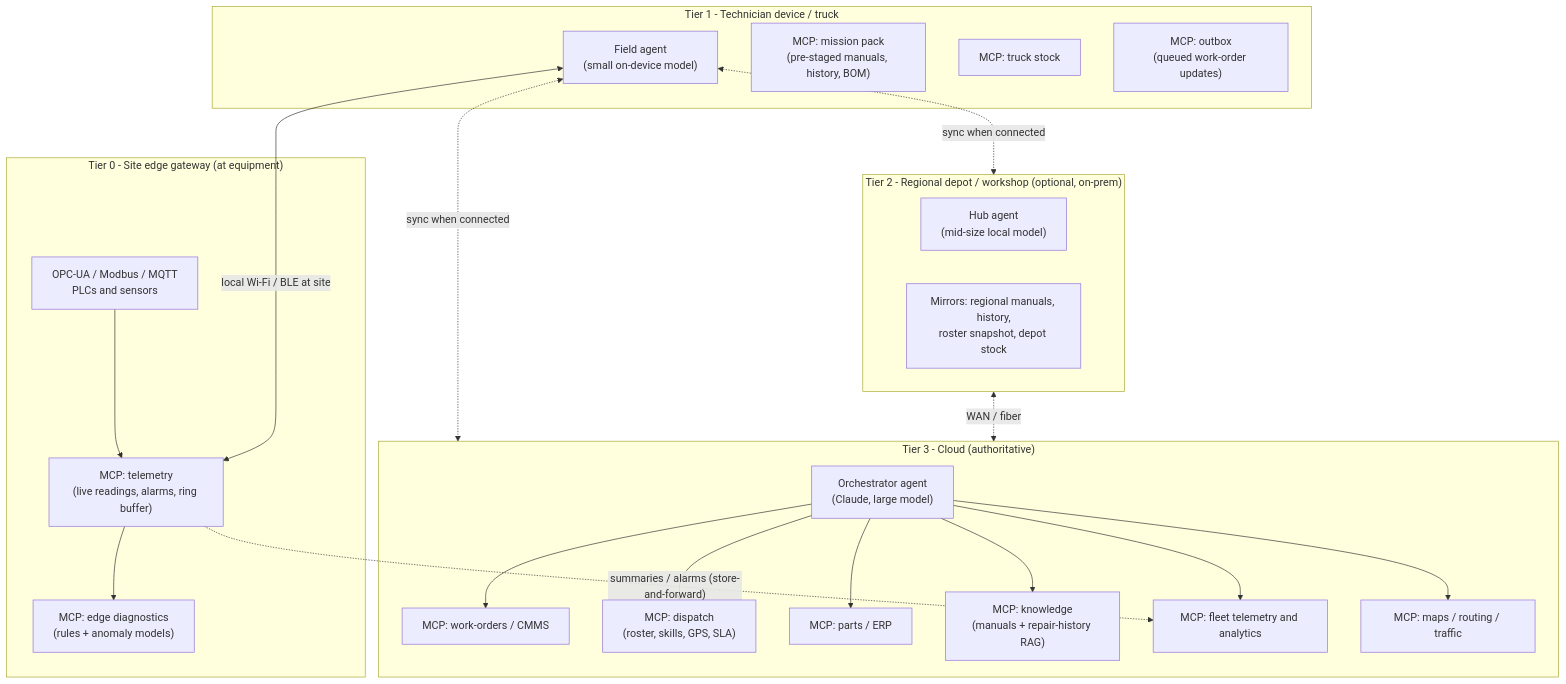
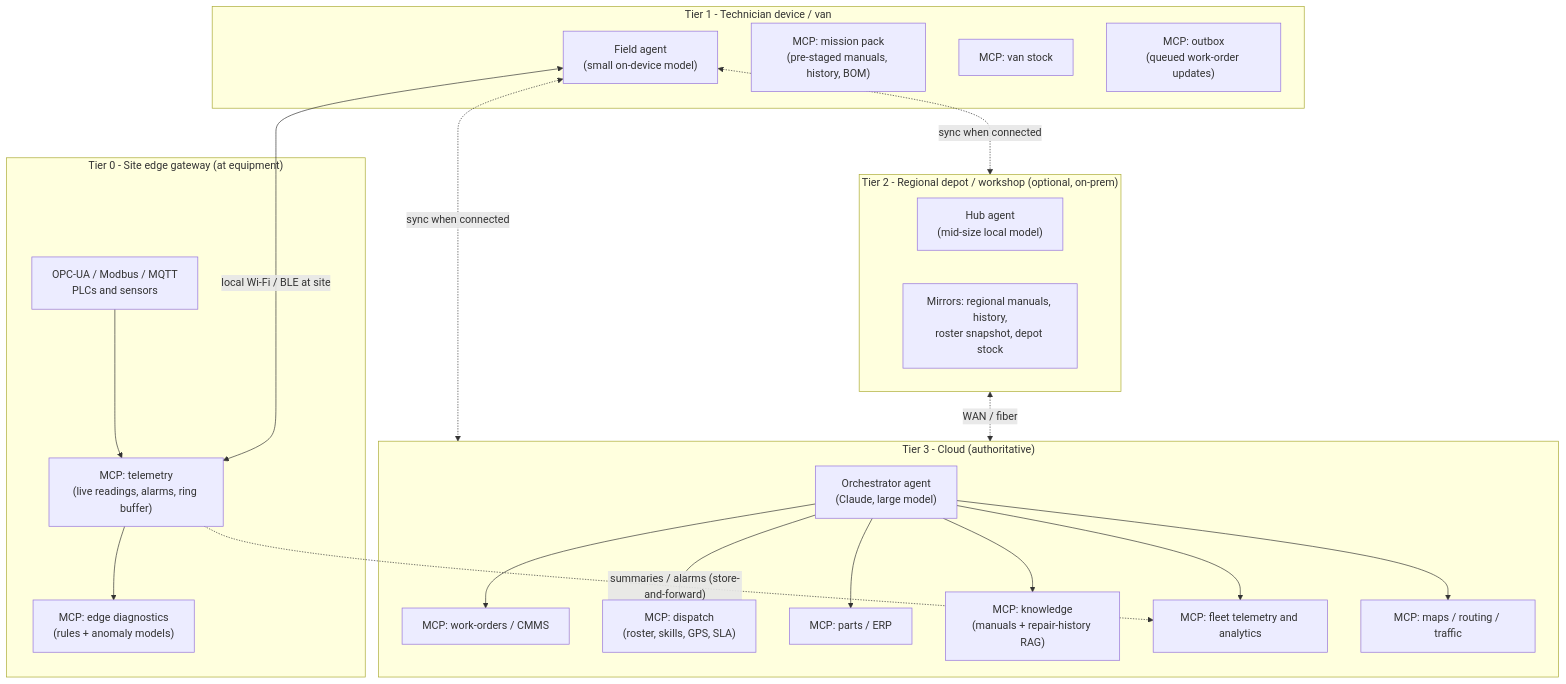
Before and after one commit to chandra50/hybrid-ai-service: the first of 3 diagrams in docs/DESIGN.md, drawn with Mermaid. The commit also changed other lines of this file and 19 other files, not shown here.

````diff
--- a/docs/DESIGN.md
+++ b/docs/DESIGN.md
@@ -36,38 +36,38 @@
 ```mermaid
 flowchart TB
   subgraph CLOUD["Tier 3 - Cloud (authoritative)"]
     ORCH["Orchestrator agent<br/>(Claude, large model)"]
     C_CMMS["MCP: work-orders / CMMS"]
     C_DISP["MCP: dispatch<br/>(roster, skills, GPS, SLA)"]
     C_PARTS["MCP: parts / ERP"]
     C_KB["MCP: knowledge<br/>(manuals + repair-history RAG)"]
     C_FLEET["MCP: fleet telemetry and analytics"]
     C_GEO["MCP: maps / routing / traffic"]
   end
 
   subgraph HUB["Tier 2 - Regional depot / workshop (optional, on-prem)"]
     H_AGENT["Hub agent<br/>(mid-size local model)"]
     H_MIRROR["Mirrors: regional manuals, history,<br/>roster snapshot, depot stock"]
   end
 
-  subgraph FIELD["Tier 1 - Technician device / truck"]
+  subgraph FIELD["Tier 1 - Technician device / van"]
     F_AGENT["Field agent<br/>(small on-device model)"]
     F_PACK["MCP: mission pack<br/>(pre-staged manuals, history, BOM)"]
-    F_TRUCK["MCP: truck stock"]
+    F_VAN["MCP: van stock"]
     F_OUT["MCP: outbox<br/>(queued work-order updates)"]
   end
 
   subgraph EDGE["Tier 0 - Site edge gateway (at equipment)"]
     E_TEL["MCP: telemetry<br/>(live readings, alarms, ring buffer)"]
     E_DIAG["MCP: edge diagnostics<br/>(rules + anomaly models)"]
     E_PLC["OPC-UA / Modbus / MQTT<br/>PLCs and sensors"]
   end
 
   E_PLC --> E_TEL --> E_DIAG
   E_TEL -. "summaries / alarms (store-and-forward)" .-> C_FLEET
   F_AGENT <-- "local Wi-Fi / BLE at site" --> E_TEL
   F_AGENT <-. "sync when connected" .-> HUB
   F_AGENT <-. "sync when connected" .-> CLOUD
   HUB <-. "WAN / fiber" .-> CLOUD
   ORCH --> C_CMMS & C_DISP & C_PARTS & C_KB & C_FLEET & C_GEO
 ```
````
